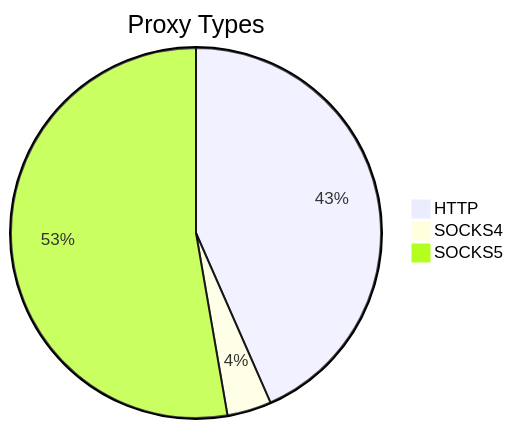
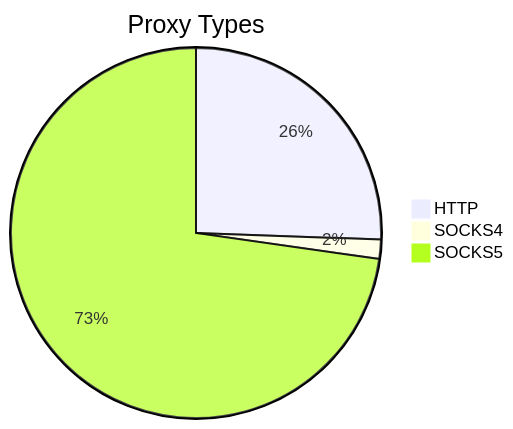
One commit to stormsia/proxy-list changed the first of 2 diagrams in README.md. Above: the diagram before and after it, drawn with Mermaid. The commit also changed other lines of this file, not shown here.

````diff
--- a/README.md
+++ b/README.md
@@ -21,6 +21,6 @@
 ```mermaid
 pie title Proxy Types
-    "HTTP" : 247
-    "SOCKS4" : 22
-    "SOCKS5" : 300
+    "HTTP" : 137
+    "SOCKS4" : 9
+    "SOCKS5" : 390
 ```
````
